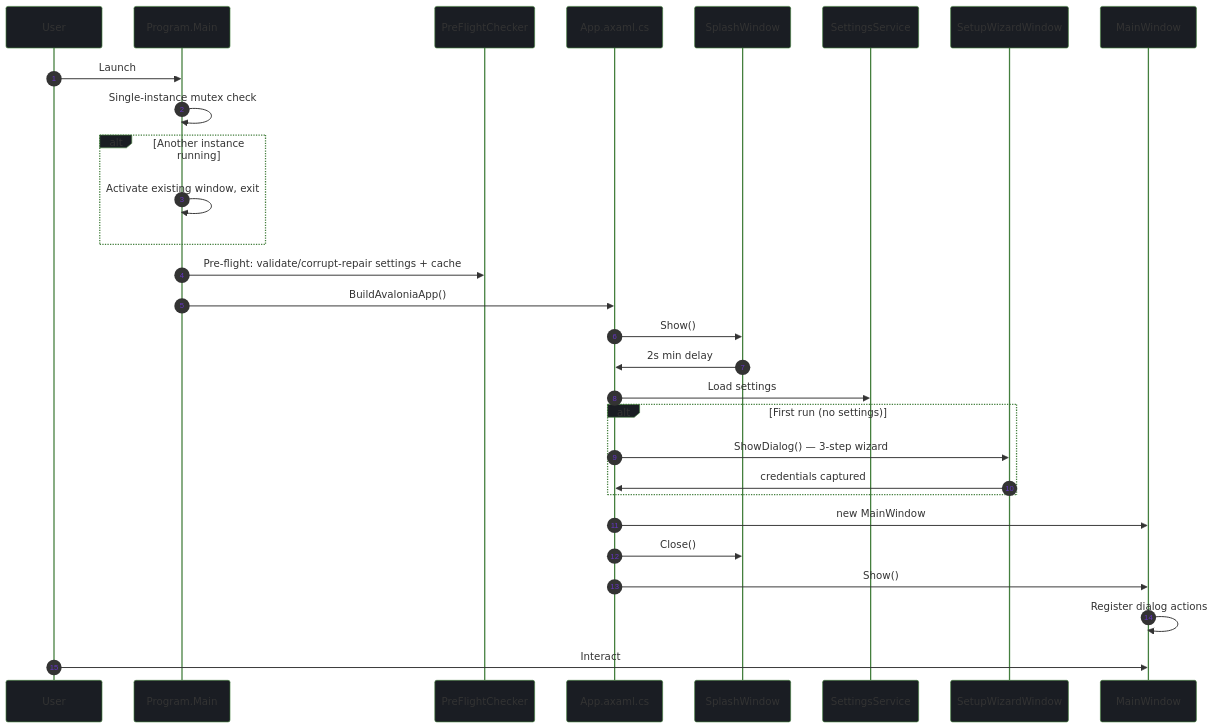
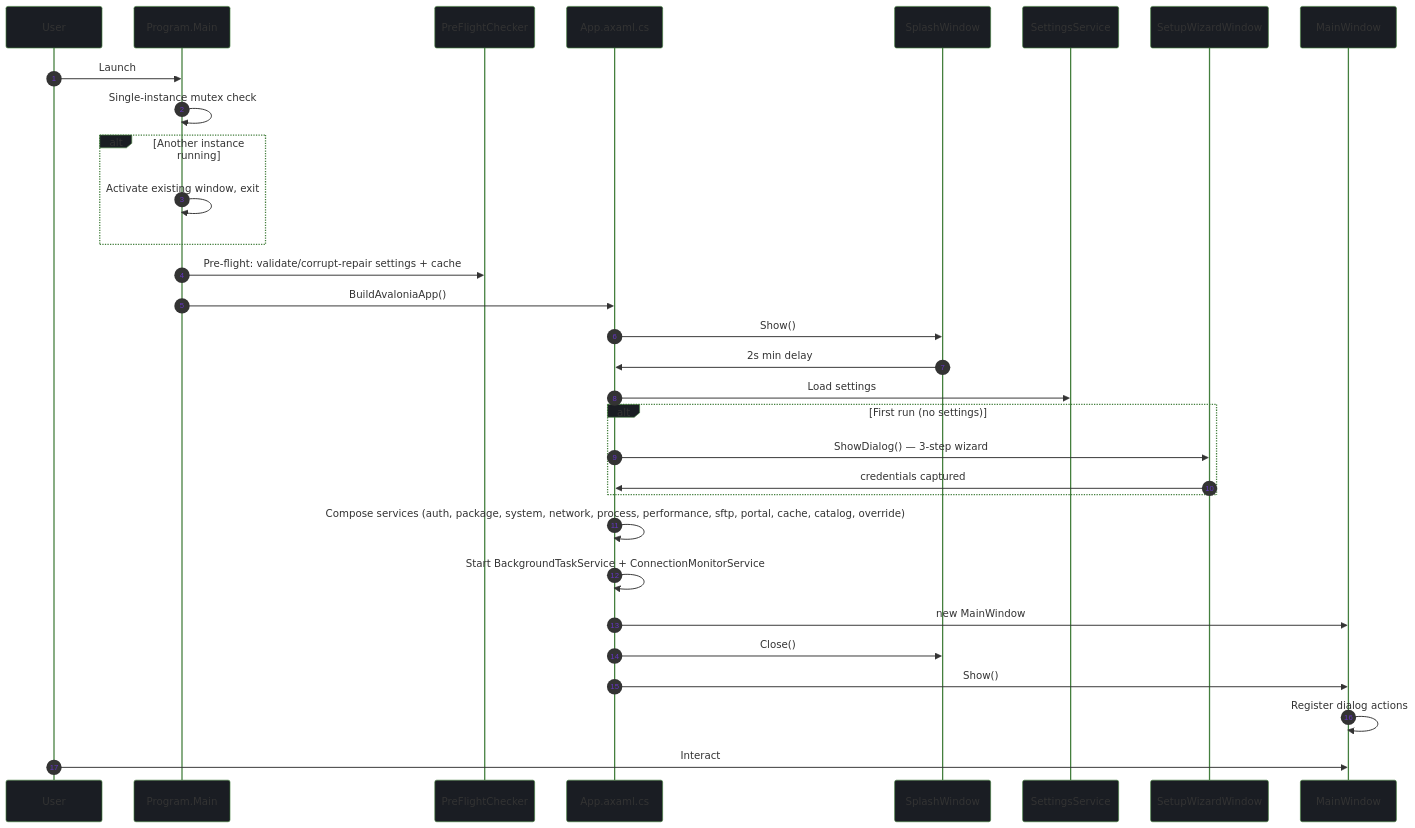
The third of 5 diagrams in docs/architecture.md (marcelofrau/xb-homebrew-vault), drawn with Mermaid before and after one commit. The commit also changed other lines of this file and 26 other files, not shown here.

````diff
--- a/docs/architecture.md
+++ b/docs/architecture.md
@@ -176,33 +157,35 @@
 ```mermaid
 %%{init: {'theme': 'base', 'themeVariables': { 'primaryColor': '#1A1D23', 'primaryBorderColor': '#447F3E', 'lineColor': '#9ACA3C', 'secondBkgColor': '#2A2D33', 'tertiaryColor': '#447F3E'}}}%%
 sequenceDiagram
     autonumber
     participant User
     participant Main as Program.Main
     participant PF as PreFlightChecker
     participant App as App.axaml.cs
     participant Splash as SplashWindow
     participant SSvc as SettingsService
     participant Setup as SetupWizardWindow
     participant MainW as MainWindow
 
     User->>Main: Launch
     Main->>Main: Single-instance mutex check
     alt Another instance running
         Main->>Main: Activate existing window, exit
     end
     Main->>PF: Pre-flight: validate/corrupt-repair settings + cache
     Main->>App: BuildAvaloniaApp()
     App->>Splash: Show()
     Splash->>App: 2s min delay
     App->>SSvc: Load settings
     alt First run (no settings)
         App->>Setup: ShowDialog() — 3-step wizard
         Setup->>App: credentials captured
     end
+    App->>App: Compose services (auth, package, system, network, process, performance, sftp, portal, cache, catalog, override)
+    App->>App: Start BackgroundTaskService + ConnectionMonitorService
     App->>MainW: new MainWindow
     App->>Splash: Close()
     App->>MainW: Show()
     MainW->>MainW: Register dialog actions
     User->>MainW: Interact
 ```
````
